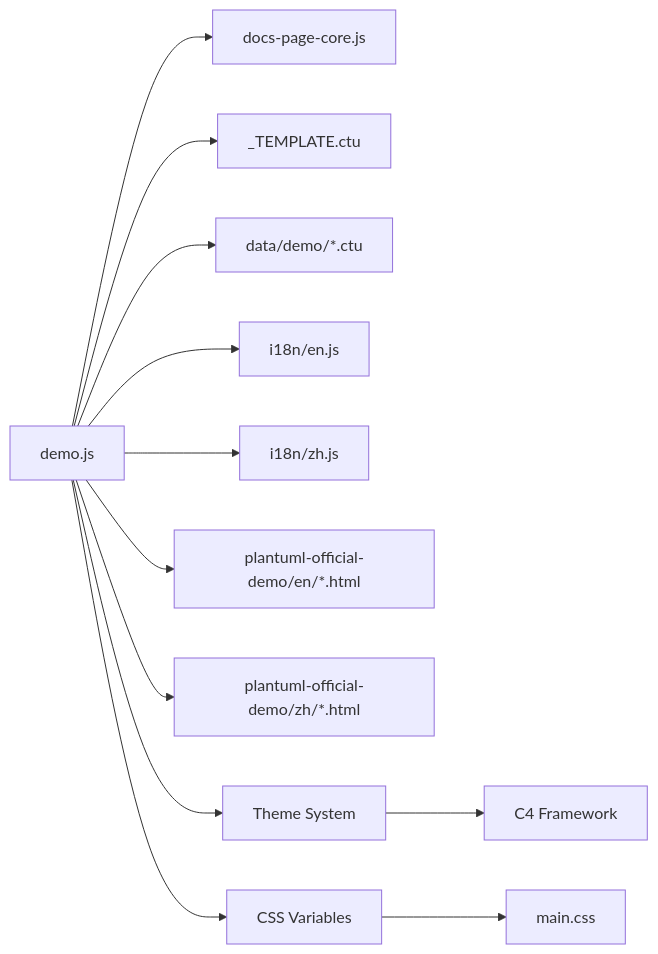
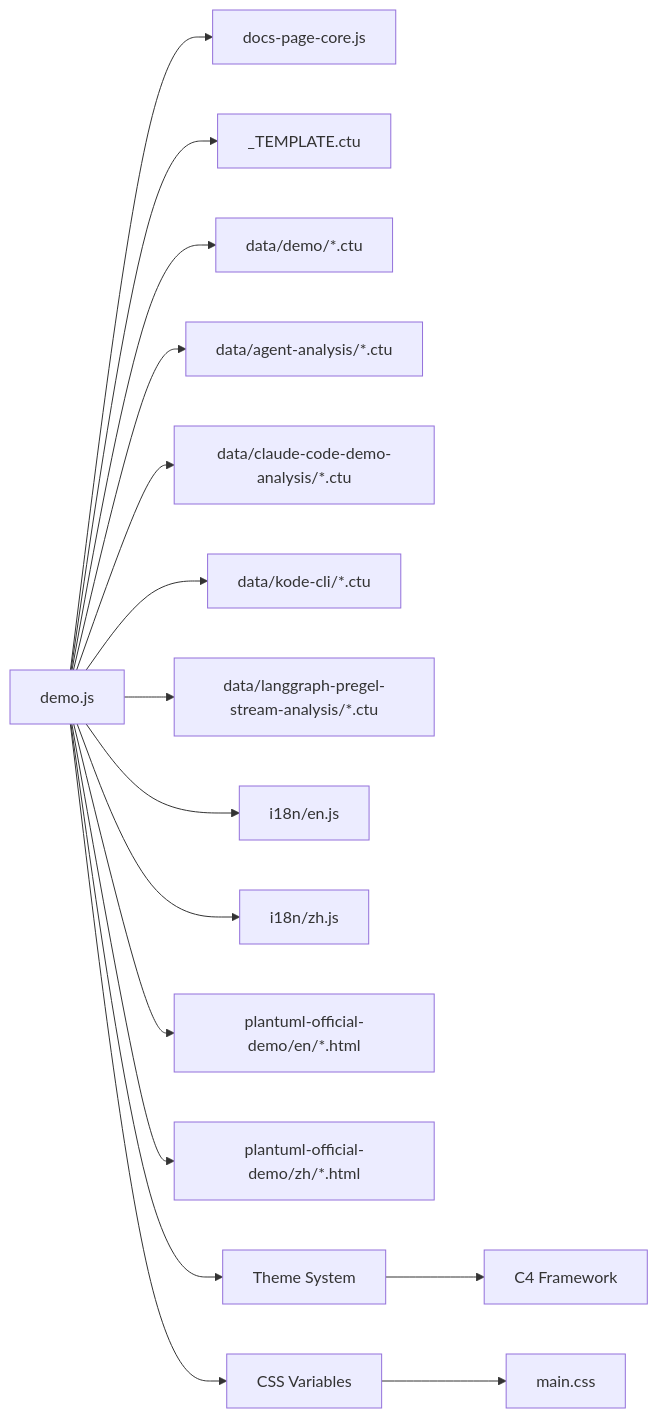
One commit to pingwurth/code-to-uml changed the fifth of 6 diagrams in .qoder/repowiki/en/content/Diagram Examples/Diagram Examples.md. Above: the diagram before and after it, drawn with Mermaid. The commit also changed other lines of this file and 21 other files, not shown here.

Commit message:
chore(docs): 删除 Code-To-UML 介绍文档

````diff
--- a/.qoder/repowiki/en/content/Diagram Examples/Diagram Examples.md
+++ b/.qoder/repowiki/en/content/Diagram Examples/Diagram Examples.md
@@ -421,14 +490,18 @@
 ```mermaid
 graph LR
 J["demo.js"] --> C["docs-page-core.js"]
 J --> E["_TEMPLATE.ctu"]
 J --> D["data/demo/*.ctu"]
+J --> A["data/agent-analysis/*.ctu"]
+J --> CDA["data/claude-code-demo-analysis/*.ctu"]
+J --> KC["data/kode-cli/*.ctu"]
+J --> LPS["data/langgraph-pregel-stream-analysis/*.ctu"]
 J --> EN["i18n/en.js"]
 J --> ZH["i18n/zh.js"]
 J --> OFF_EN["plantuml-official-demo/en/*.html"]
 J --> OFF_ZH["plantuml-official-demo/zh/*.html"]
 J --> THEME["Theme System"]
 J --> CSS_VARS["CSS Variables"]
 THEME --> C4["C4 Framework"]
 CSS_VARS --> MAIN_CSS["main.css"]
 ```
````
